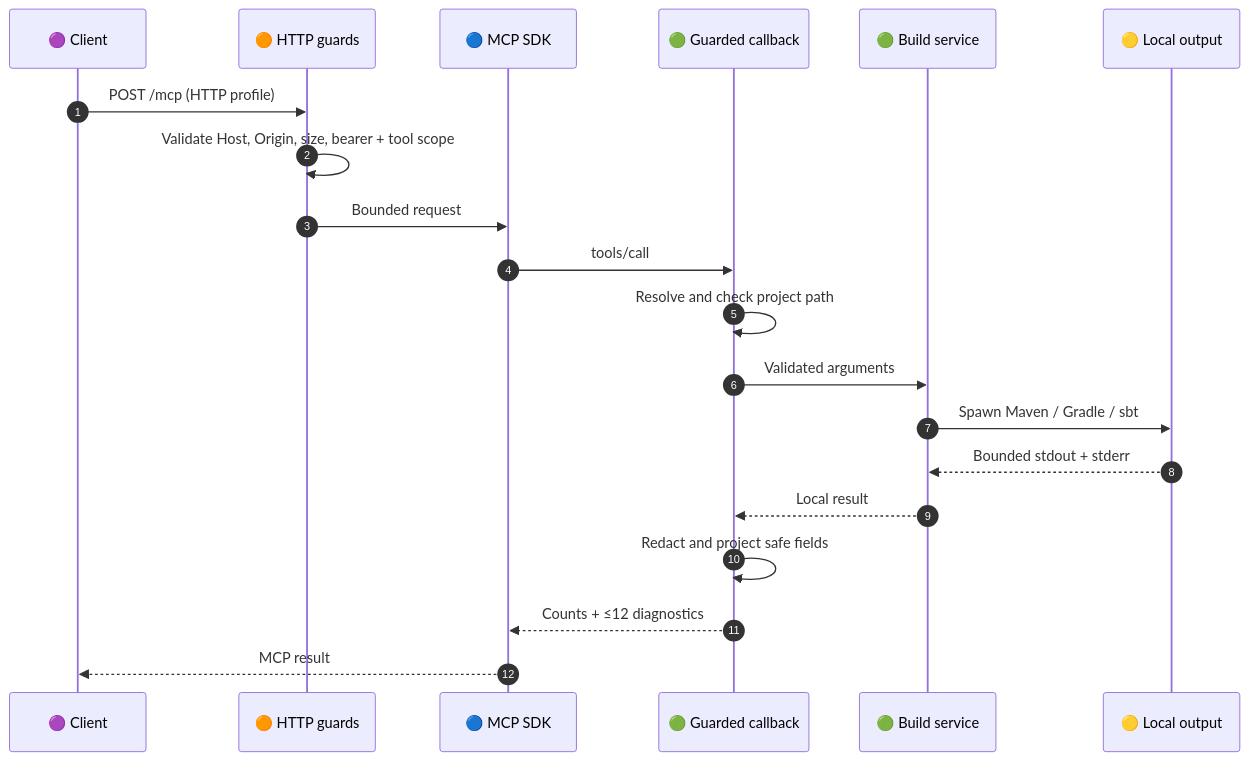
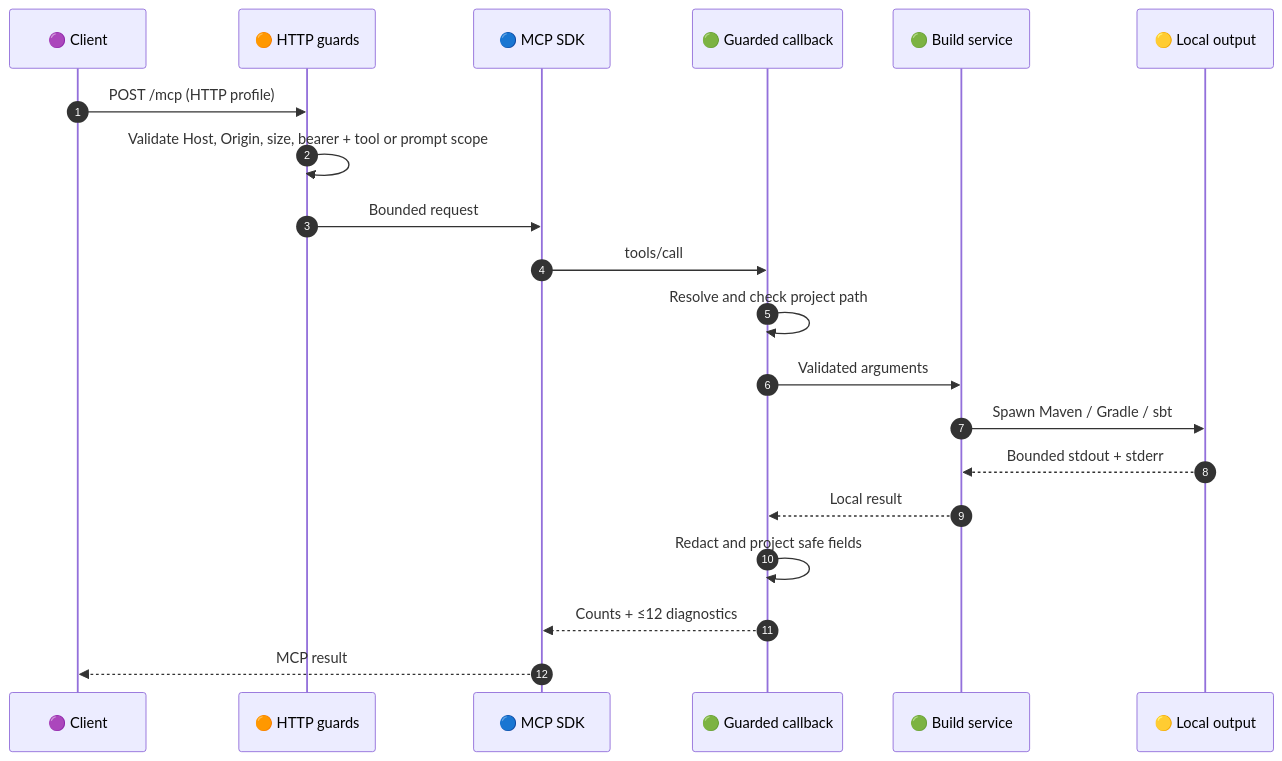
The second of 2 diagrams in docs/reference/architecture.md (thepragmatik/mcp-server-jvm-build-tools), drawn with Mermaid before and after one commit. The commit also changed other lines of this file and 17 other files, not shown here.

````diff
--- a/docs/reference/architecture.md
+++ b/docs/reference/architecture.md
@@ -70,22 +76,22 @@
 ```mermaid
 sequenceDiagram
     autonumber
     participant Client as 🟣 Client
     participant HTTP as 🟠 HTTP guards
     participant SDK as 🔵 MCP SDK
     participant Callback as 🟢 Guarded callback
     participant Build as 🟢 Build service
     participant Local as 🟡 Local output
     Client->>HTTP: POST /mcp (HTTP profile)
-    HTTP->>HTTP: Validate Host, Origin, size, bearer + tool scope
+    HTTP->>HTTP: Validate Host, Origin, size, bearer + tool or prompt scope
     HTTP->>SDK: Bounded request
     SDK->>Callback: tools/call
     Callback->>Callback: Resolve and check project path
     Callback->>Build: Validated arguments
     Build->>Local: Spawn Maven / Gradle / sbt
     Local-->>Build: Bounded stdout + stderr
     Build-->>Callback: Local result
     Callback->>Callback: Redact and project safe fields
     Callback-->>SDK: Counts + ≤12 diagnostics
     SDK-->>Client: MCP result
 ```
````
